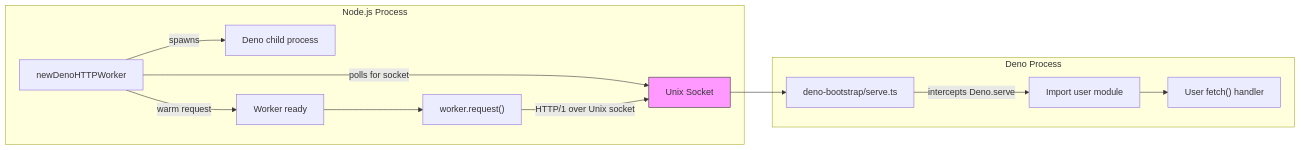
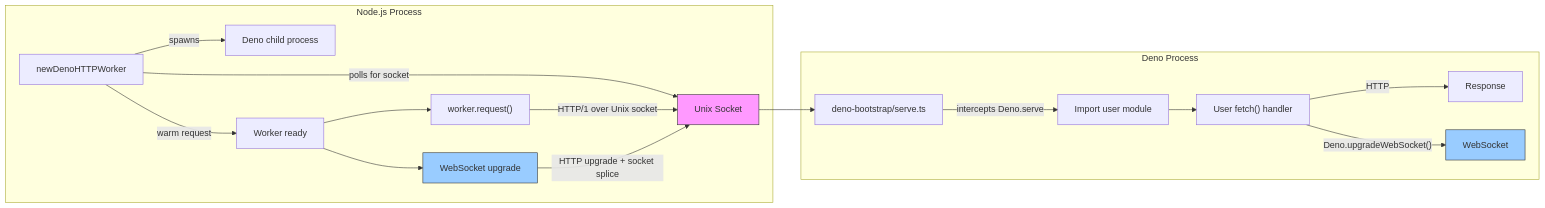
Before and after one commit to cobeo2004/edge: the first of 4 diagrams in README.md, drawn with Mermaid. The commit also changed other lines of this file, not shown here.

Commit message:
docs: add WebSocket support section to README with diagrams and examples

````diff
--- a/README.md
+++ b/README.md
@@ -32,18 +33,24 @@
 ```mermaid
 flowchart LR
     subgraph Node.js Process
         A[newDenoHTTPWorker] -->|spawns| B[Deno child process]
         A -->|polls for socket| C[Unix Socket]
         A -->|warm request| D[Worker ready]
         D --> E["worker.request()"]
+        D --> W["WebSocket upgrade"]
         E -->|"HTTP/1 over Unix socket"| C
+        W -->|"HTTP upgrade + socket splice"| C
     end
 
     subgraph Deno Process
         C --> F["deno-bootstrap/serve.ts"]
         F -->|intercepts Deno.serve| G[Import user module]
         G --> H["User fetch() handler"]
+        H -->|HTTP| I[Response]
+        H -->|"Deno.upgradeWebSocket()"| J[WebSocket]
     end
 
     style C fill:#f9f,stroke:#333
+    style W fill:#9cf,stroke:#333
+    style J fill:#9cf,stroke:#333
 ```
````
